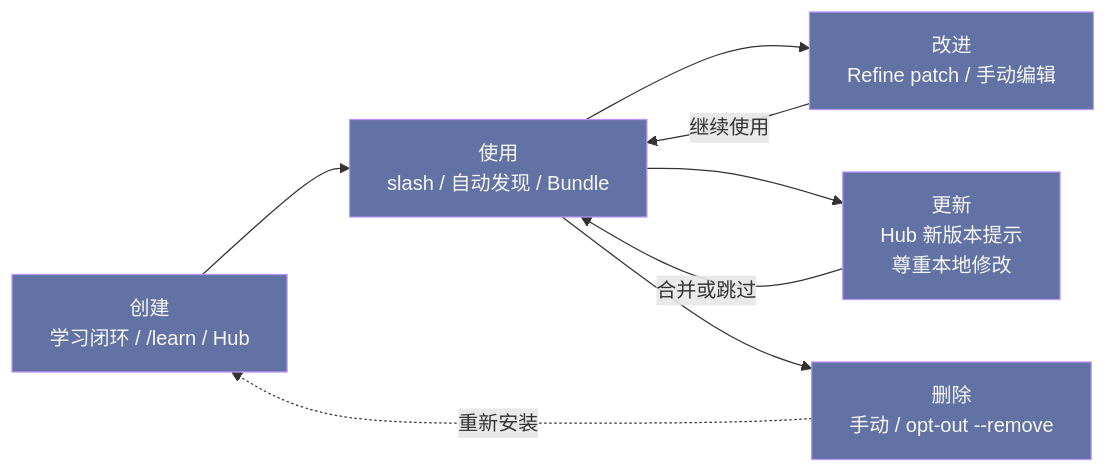
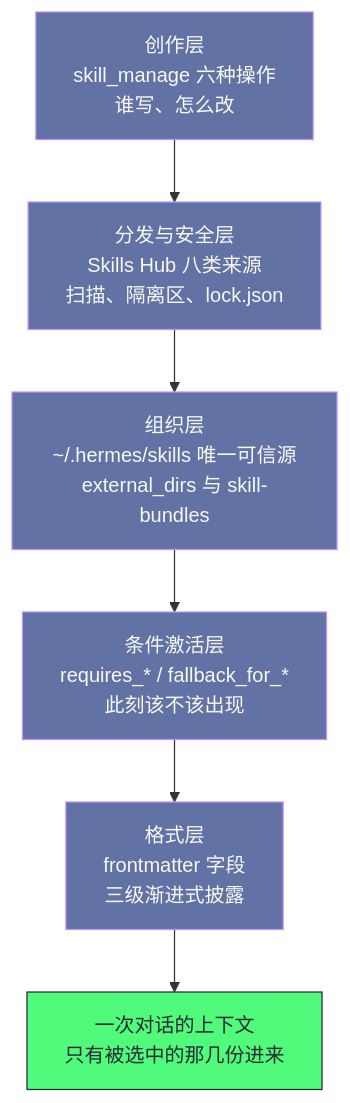
Before and after one commit to hpliStartAgain/my-brain: the first of 5 diagrams in content/LLM/Hermes-Agent/05 技能系统——SKILL.md 与 agentskills.io 标准.md, drawn with Mermaid. The commit also changed other lines of this file and 259 other files, not shown here.

````diff
--- a/content/LLM/Hermes-Agent/05 技能系统——SKILL.md 与 agentskills.io 标准.md
+++ b/content/LLM/Hermes-Agent/05 技能系统——SKILL.md 与 agentskills.io 标准.md
@@ -395,14 +49,14 @@
 ```mermaid
 %%{init: {'theme': 'dracula'}}%%
-graph LR
-    A["创建<br/>学习闭环 / /learn / Hub"] --> B["使用<br/>slash / 自动发现 / Bundle"]
-    B --> C["改进<br/>Refine patch / 手动编辑"]
-    C -->|继续使用| B
-    B --> D["更新<br/>Hub 新版本提示<br/>尊重本地修改"]
-    D -->|合并或跳过| B
-    B --> E["删除<br/>手动 / opt-out --remove"]
-    E -.->|重新安装| A
+graph TD
+    L5["创作层<br/>skill_manage 六种操作<br/>谁写、怎么改"] --> L4["分发与安全层<br/>Skills Hub 八类来源<br/>扫描、隔离区、lock.json"]
+    L4 --> L3["组织层<br/>~/.hermes/skills 唯一可信源<br/>external_dirs 与 skill-bundles"]
+    L3 --> L2["条件激活层<br/>requires_* / fallback_for_*<br/>此刻该不该出现"]
+    L2 --> L1["格式层<br/>frontmatter 字段<br/>三级渐进式披露"]
+    L1 --> CTX["一次对话的上下文<br/>只有被选中的那几份进来"]
 
-    classDef stage fill:#6272a4,stroke:#bd93f9,color:#f8f8f2
-    class A,B,C,D,E stage
+    classDef layer fill:#6272a4,stroke:#bd93f9,color:#f8f8f2
+    classDef sink fill:#50fa7b,stroke:#282a36,color:#282a36
+    class L1,L2,L3,L4,L5 layer
+    class CTX sink
 ```
````
